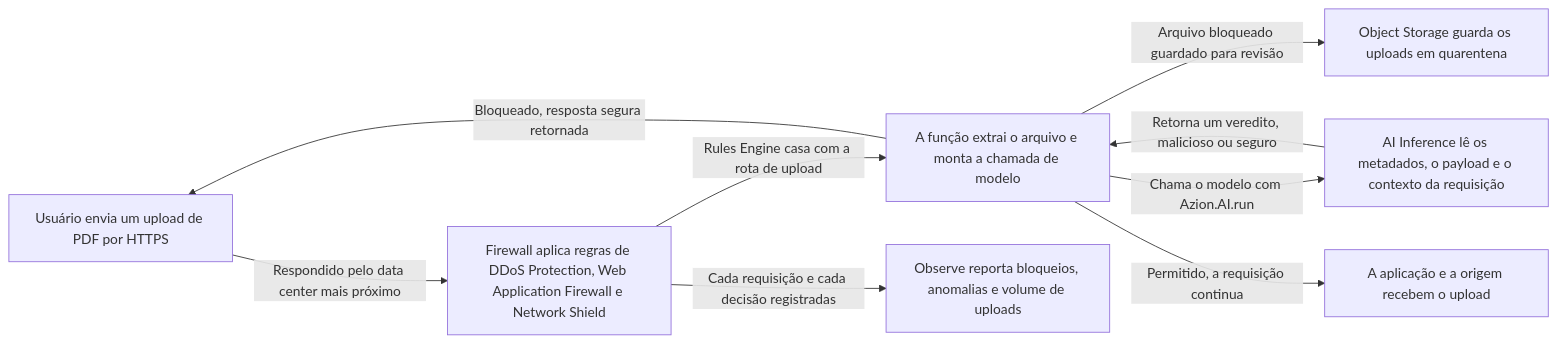
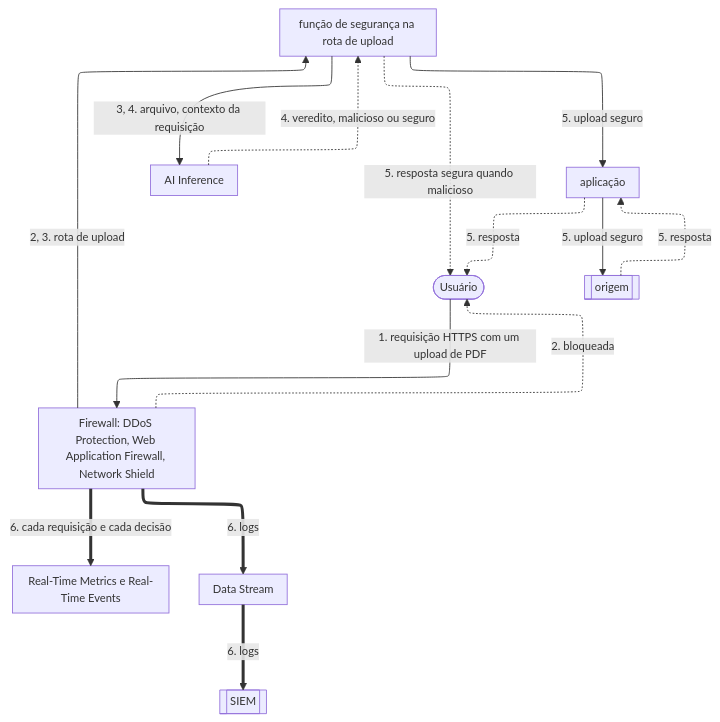
The diagram in apps/docs/src/content/docs/pt-br/pages/arquiteturas/artificial-intelligence/autonomous-security-agent.mdx (aziontech/docs), drawn with Mermaid before and after one commit. The commit also changed other lines of this file and 179 other files, not shown here.

Commit message:
docs(diagrams): redraw every other diagram in the use-case diagram style (#2513)

````diff
--- a/apps/docs/src/content/docs/pt-br/pages/arquiteturas/artificial-intelligence/autonomous-security-agent.mdx
+++ b/apps/docs/src/content/docs/pt-br/pages/arquiteturas/artificial-intelligence/autonomous-security-agent.mdx
@@ -30,11 +30,26 @@
 ```mermaid
-flowchart LR
-  User["Usuário envia um upload de PDF por HTTPS"] -->|"Respondido pelo data center mais próximo"| FW["Firewall aplica regras de DDoS Protection, Web Application Firewall e Network Shield"]
-  FW -->|"Rules Engine casa com a rota de upload"| Fn["A função extrai o arquivo e monta a chamada de modelo"]
-  Fn -->|"Chama o modelo com Azion.AI.run"| AI["AI Inference lê os metadados, o payload e o contexto da requisição"]
-  AI -->|"Retorna um veredito, malicioso ou seguro"| Fn
-  Fn -->|"Bloqueado, resposta segura retornada"| User
-  Fn -->|"Arquivo bloqueado guardado para revisão"| Store["Object Storage guarda os uploads em quarentena"]
-  Fn -->|"Permitido, a requisição continua"| App["A aplicação e a origem recebem o upload"]
-  FW -->|"Cada requisição e cada decisão registradas"| Obs["Observe reporta bloqueios, anomalias e volume de uploads"]
+%%{init: {"layout": "elk", "elk": {"cycleBreakingStrategy": "MODEL_ORDER"}, "themeVariables": {"fontSize": "13px"}, "flowchart": {"nodeSpacing": 24, "rankSpacing": 36, "padding": 8, "wrappingWidth": 150, "useMaxWidth": true}, "sequence": {"width": 120, "actorMargin": 30, "useMaxWidth": true}}}%%
+flowchart TD
+  User(["Usuário"])
+  FW["Firewall: DDoS Protection, Web Application Firewall, Network Shield"]
+  Fn["função de segurança na rota de upload"]
+  AI["AI Inference"]
+  App["aplicação"]
+  Origin[["origem"]]
+  Obs["Real-Time Metrics e Real-Time Events"]
+  DS["Data Stream"]
+  SIEM[["SIEM"]]
+  User -->|"1. requisição HTTPS com um upload de PDF"| FW
+  FW -->|"2, 3. rota de upload"| Fn
+  Fn -->|"3, 4. arquivo, contexto da requisição"| AI
+  Fn -->|"5. upload seguro"| App
+  App -->|"5. upload seguro"| Origin
+  AI -.->|"4. veredito, malicioso ou seguro"| Fn
+  Origin -.->|"5. resposta"| App
+  App -.->|"5. resposta"| User
+  FW -.->|"2. bloqueada"| User
+  Fn -.->|"5. resposta segura quando malicioso"| User
+  FW ==>|"6. cada requisição e cada decisão"| Obs
+  FW ==>|"6. logs"| DS
+  DS ==>|"6. logs"| SIEM
 ```
````
